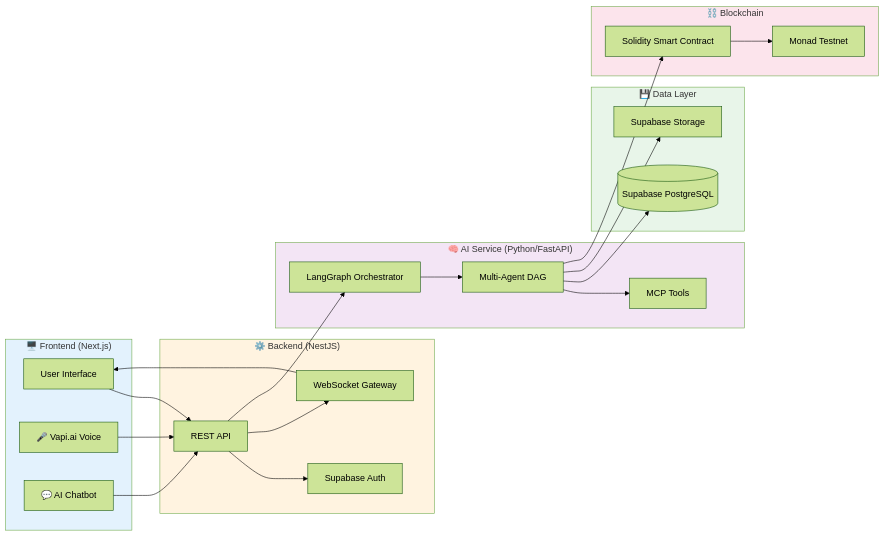
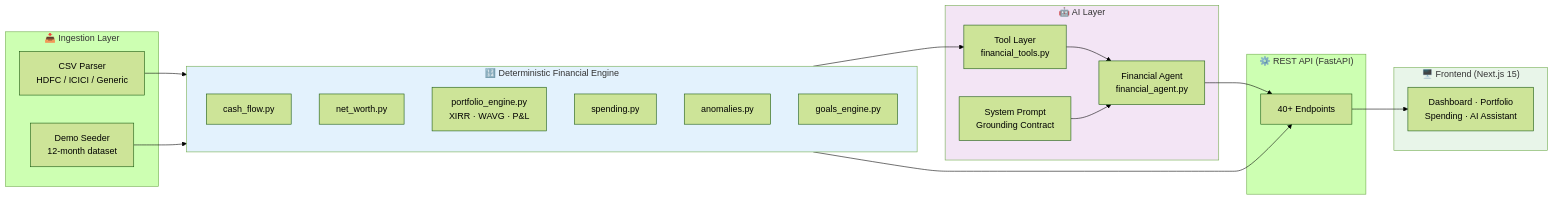
Before and after one commit to aftermoon07/WealthOS: the second of 2 diagrams in README.md, drawn with Mermaid (forest theme). The commit also changed other lines of this file, not shown here.

````diff
--- a/README.md
+++ b/README.md
@@ -188,50 +123,43 @@
 ```mermaid
 graph LR
-    subgraph Client ["🖥️ Frontend (Next.js)"]
-        UI[User Interface]
-        Voice[🎤 Vapi.ai Voice]
-        Chatbot[💬 AI Chatbot]
+    subgraph Ingestion ["📥 Ingestion Layer"]
+        CSV[CSV Parser<br/>HDFC / ICICI / Generic]
+        Seeder[Demo Seeder<br/>12-month dataset]
     end
-    
-    subgraph Backend ["⚙️ Backend (NestJS)"]
-        API[REST API]
-        WS[WebSocket Gateway]
-        Auth[Supabase Auth]
+
+    subgraph Engine ["🔢 Deterministic Financial Engine"]
+        CF[cash_flow.py]
+        NW[net_worth.py]
+        PE[portfolio_engine.py<br/>XIRR · WAVG · P&L]
+        SP[spending.py]
+        AN[anomalies.py]
+        GO[goals_engine.py]
     end
-    
-    subgraph AI ["🧠 AI Service (Python/FastAPI)"]
-        LG[LangGraph Orchestrator]
-        Agents[Multi-Agent DAG]
-        MCP[MCP Tools]
+
+    subgraph AI ["🤖 AI Layer"]
+        Tools[Tool Layer<br/>financial_tools.py]
+        Agent[Financial Agent<br/>financial_agent.py]
+        Prompt[System Prompt<br/>Grounding Contract]
     end
-    
-    subgraph Data ["💾 Data Layer"]
-        DB[(Supabase PostgreSQL)]
-        Storage[Supabase Storage]
+
+    subgraph API ["⚙️ REST API (FastAPI)"]
+        Routes[40+ Endpoints]
     end
-    
-    subgraph Blockchain ["⛓️ Blockchain"]
-        Contract[Solidity Smart Contract]
-        Monad[Monad Testnet]
+
+    subgraph Frontend ["🖥️ Frontend (Next.js 15)"]
+        UI[Dashboard · Portfolio<br/>Spending · AI Assistant]
     end
-    
-    UI --> API
-    Voice --> API
-    Chatbot --> API
-    API --> Auth
-    API --> WS
-    API --> LG
-    WS --> UI
-    LG --> Agents
-    Agents --> MCP
-    Agents --> DB
-    Agents --> Storage
-    Agents --> Contract
-    Contract --> Monad
-    
-    style Client fill:#e3f2fd
-    style Backend fill:#fff3e0
+
+    CSV --> Engine
+    Seeder --> Engine
+    Engine --> Tools
+    Tools --> Agent
+    Prompt --> Agent
+    Agent --> Routes
+    Engine --> Routes
+    Routes --> UI
+
+    style Engine fill:#e3f2fd
     style AI fill:#f3e5f5
-    style Data fill:#e8f5e9
-    style Blockchain fill:#fce4ec
+    style Frontend fill:#e8f5e9
 ```
````
